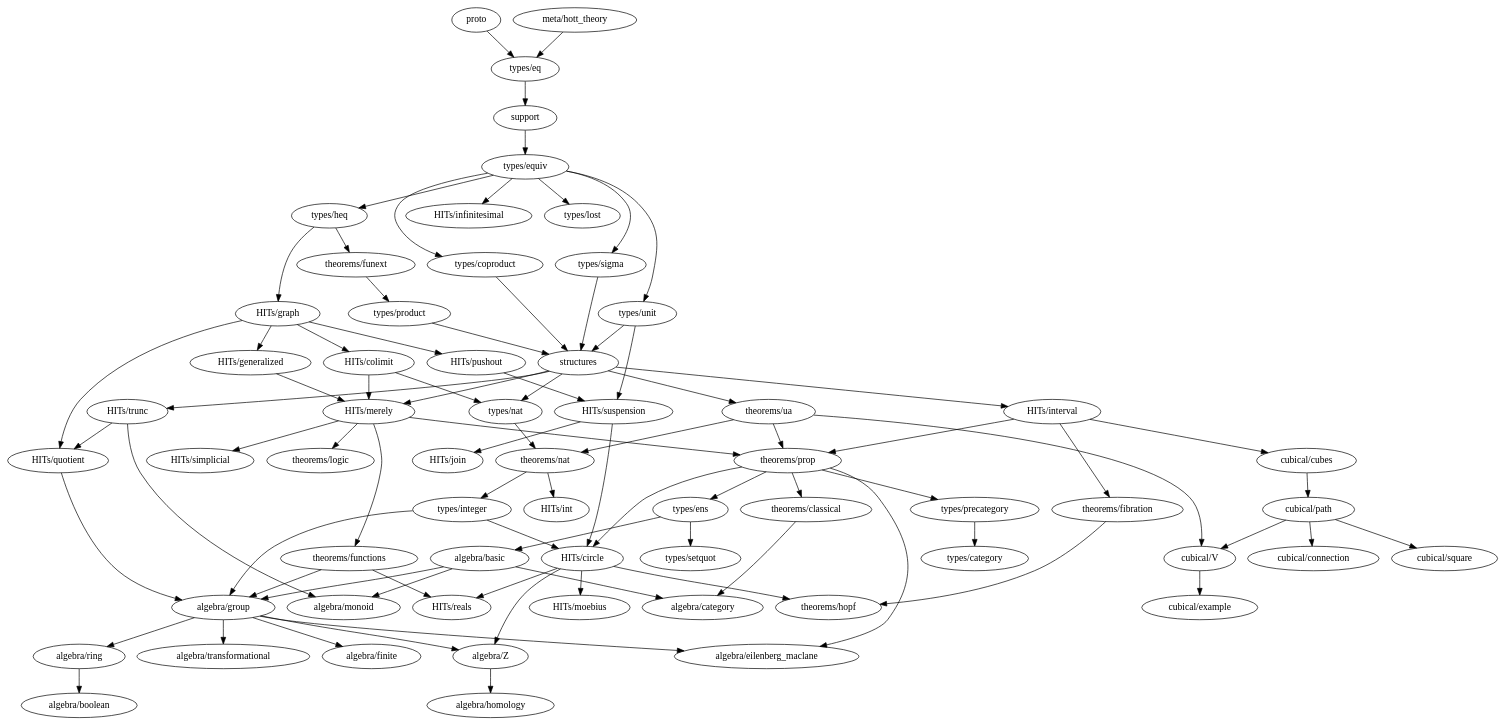
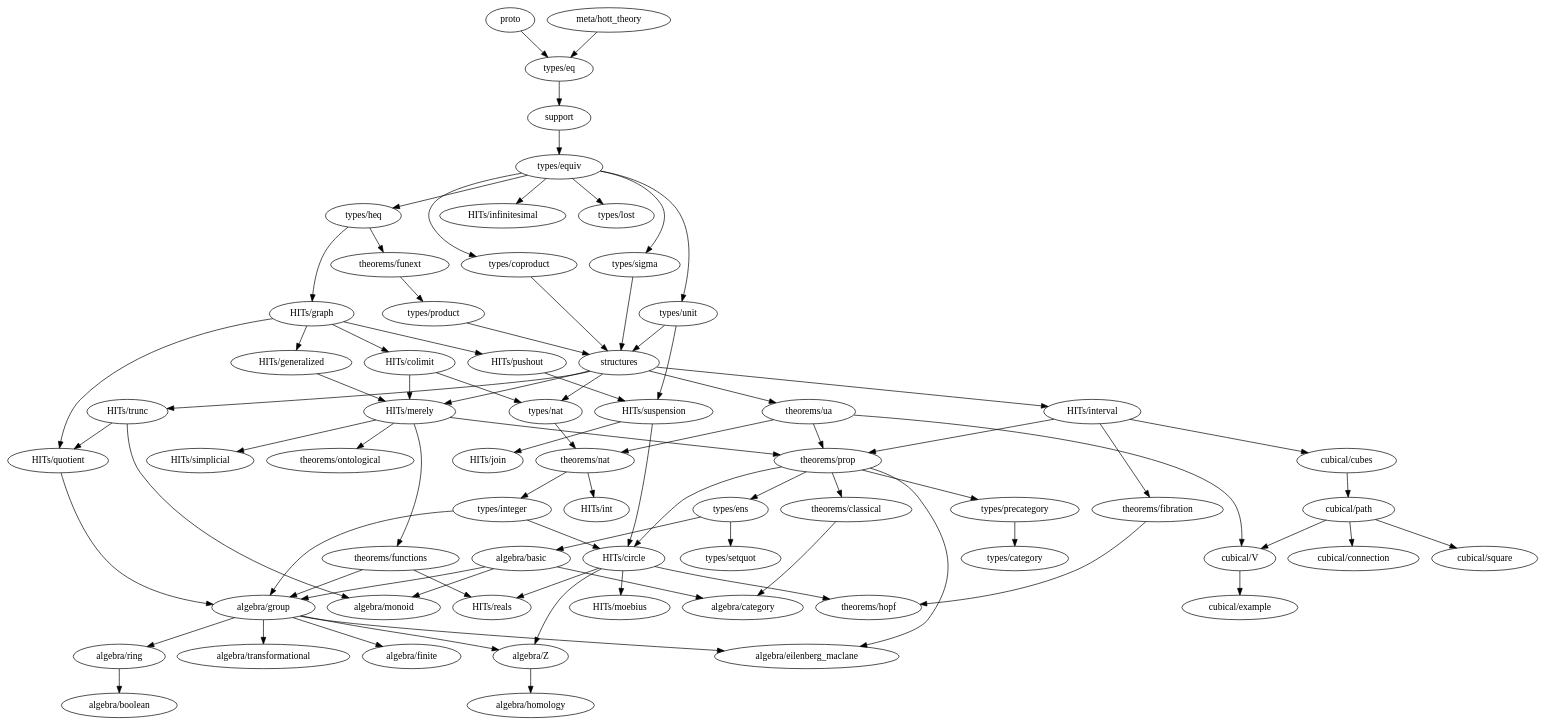
Before and after one commit to forked-from-1kasper/ground_zero: the diagram in dependency-map.gv, drawn with Graphviz. The commit also changed 2 other files, not shown here.

```diff
--- a/dependency-map.gv
+++ b/dependency-map.gv
@@ -1,135 +1,135 @@
 digraph dependency_map {
   proto -> "types/eq"
   "meta/hott_theory" -> "types/eq"
   support -> "types/equiv"
   structures -> {
     "HITs/interval",
     "HITs/merely",
     "HITs/trunc",
     "types/nat",
     "theorems/ua"
   }
 
   subgraph algebra {
     "algebra/basic" -> { "algebra/category", "algebra/monoid", "algebra/group" }
     "algebra/boolean"
     "algebra/category"
     "algebra/eilenberg_maclane"
     "algebra/finite"
     "algebra/group" -> {
       "algebra/eilenberg_maclane",
       "algebra/finite",
       "algebra/ring",
       "algebra/transformational",
       "algebra/Z"
     }
     "algebra/homology"
     "algebra/monoid"
     "algebra/ring" -> { "algebra/boolean" }
     "algebra/transformational"
     "algebra/Z" -> { "algebra/homology" }
   }
 
   subgraph types {
     "types/category"
     "types/coproduct" -> { structures }
     "types/eq" -> { support }
     "types/ens" -> { "algebra/basic", "types/setquot" }
     "types/equiv" -> {
       "types/heq",
       "HITs/infinitesimal",
       "types/coproduct",
       "types/lost",
       "types/unit",
       "types/sigma"
     }
     "types/heq" -> {
       "HITs/graph", "theorems/funext"
     }
     "types/integer" -> {
       "algebra/group",
       "HITs/circle"
     }
     "types/lost"
     "types/nat" -> { "theorems/nat" }
     "types/precategory" -> { "types/category" }
     "types/product" -> { structures }
     "types/setquot"
     "types/sigma" -> { structures }
     "types/unit" -> { structures, "HITs/suspension" }
   }
 
   subgraph HITs {
     "HITs/circle" -> {
       "algebra/Z",
       "theorems/hopf",
       "HITs/moebius",
       "HITs/reals"
     }
     "HITs/colimit" -> { "HITs/merely", "types/nat" }
     "HITs/generalized" -> "HITs/merely"
     "HITs/graph" -> {
       "HITs/colimit",
       "HITs/generalized",
       "HITs/pushout",
       "HITs/quotient"
     }
     "HITs/infinitesimal"
     "HITs/interval" -> {
       "cubical/cubes",
       "theorems/prop",
       "theorems/fibration"
     }
     "HITs/join"
     "HITs/merely" -> {
-      "theorems/logic",
+      "theorems/ontological",
       "theorems/prop",
       "HITs/simplicial",
       "theorems/functions"
     }
     "HITs/moebius"
     "HITs/pushout" -> {
       "HITs/suspension"
     }
     "HITs/quotient" -> { "algebra/group" }
     "HITs/reals"
     "HITs/simplicial"
     "HITs/suspension" -> { "HITs/circle", "HITs/join" }
     "HITs/trunc" -> { "algebra/monoid", "HITs/quotient" }
   }
 
   subgraph cubical {
     "cubical/connection"
     "cubical/cubes" -> "cubical/path"
     "cubical/example"
     "cubical/path" -> {
       "cubical/square",
       "cubical/V",
       "cubical/connection"
     }
     "cubical/square"
     "cubical/V" -> { "cubical/example" }
   }
 
   subgraph theorems {
     "theorems/classical" -> { "algebra/category" }
     "theorems/fibration" -> { "theorems/hopf" }
     "theorems/functions" -> { "HITs/reals", "algebra/group" }
     "theorems/funext" -> { "types/product" }
     "theorems/hopf"
-    "theorems/logic"
+    "theorems/ontological"
     "theorems/nat" -> { "HITs/int", "types/integer" }
     "theorems/prop" -> {
       "algebra/eilenberg_maclane",
       "HITs/circle",
       "types/ens",
       "types/precategory",
       "theorems/classical"
     }
     "theorems/ua" -> {
       "theorems/nat",
       "theorems/prop",
       "cubical/V"
     }
   }
 }
```
